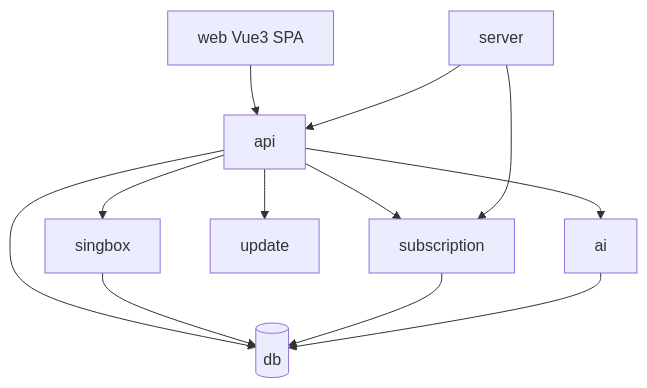
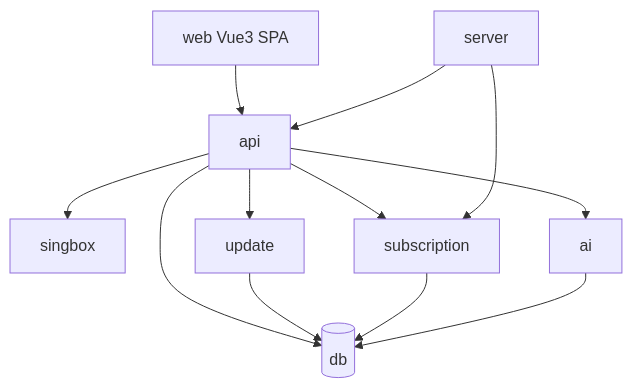
One commit to HodgeWen/proxy-ui changed the diagram in .agents/docs/CODE-MAP.md. Above: the diagram before and after it, drawn with Mermaid. The commit also changed other lines of this file and 13 other files, not shown here.

````diff
--- a/.agents/docs/CODE-MAP.md
+++ b/.agents/docs/CODE-MAP.md
@@ -49,14 +49,14 @@
 ```mermaid
 graph TD
     web[web Vue3 SPA] --> api[api]
     api --> db[(db)]
     api --> singbox[singbox]
     api --> subscription[subscription]
     api --> update[update]
     api --> ai[ai]
-    singbox --> db
+    update --> db
     subscription --> db
     ai --> db
     server[server] --> api
     server --> subscription
 ```
````
